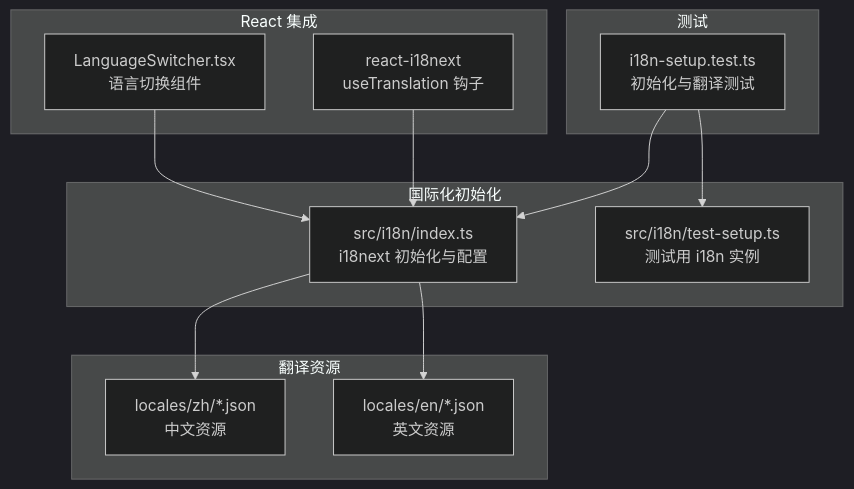
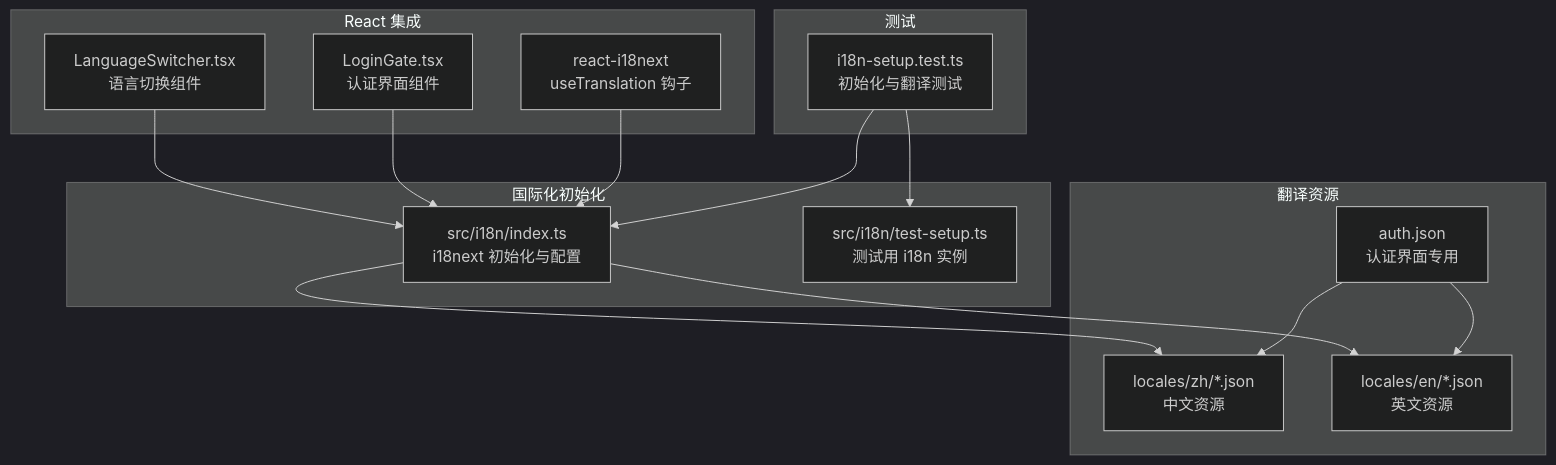
The first of 6 diagrams in .qoder/repowiki/zh/content/国际化系统.md (WW-AI-Lab/openclaw-office), drawn with Mermaid (dark theme) before and after one commit. The commit also changed other lines of this file and 9 other files, not shown here.

````diff
--- a/.qoder/repowiki/zh/content/国际化系统.md
+++ b/.qoder/repowiki/zh/content/国际化系统.md
@@ -46,24 +57,29 @@
 ```mermaid
 graph TB
 subgraph "国际化初始化"
 IDX["src/i18n/index.ts<br/>i18next 初始化与配置"]
 TST["src/i18n/test-setup.ts<br/>测试用 i18n 实例"]
 end
 subgraph "翻译资源"
 ZHC["locales/zh/*.json<br/>中文资源"]
 ENC["locales/en/*.json<br/>英文资源"]
+AUTH["auth.json<br/>认证界面专用"]
 end
 subgraph "React 集成"
 LSW["LanguageSwitcher.tsx<br/>语言切换组件"]
+LG["LoginGate.tsx<br/>认证界面组件"]
 R18["react-i18next<br/>useTranslation 钩子"]
 end
 subgraph "测试"
 IT["i18n-setup.test.ts<br/>初始化与翻译测试"]
 end
 IDX --> ZHC
 IDX --> ENC
+AUTH --> ZHC
+AUTH --> ENC
 LSW --> IDX
+LG --> IDX
 R18 --> IDX
 IT --> IDX
 IT --> TST
 ```
````
